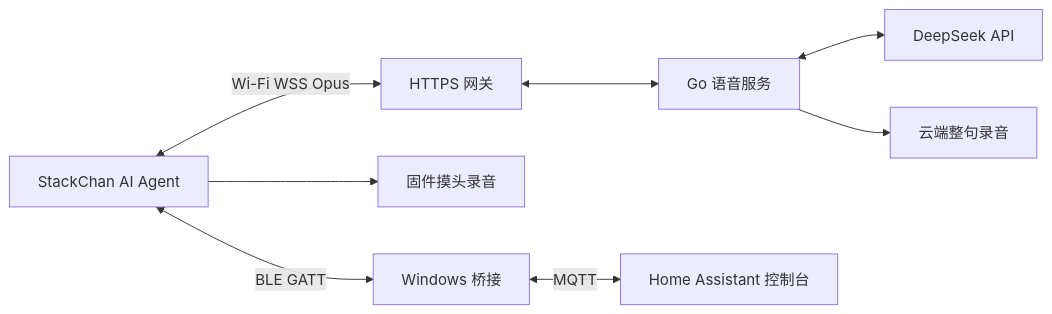
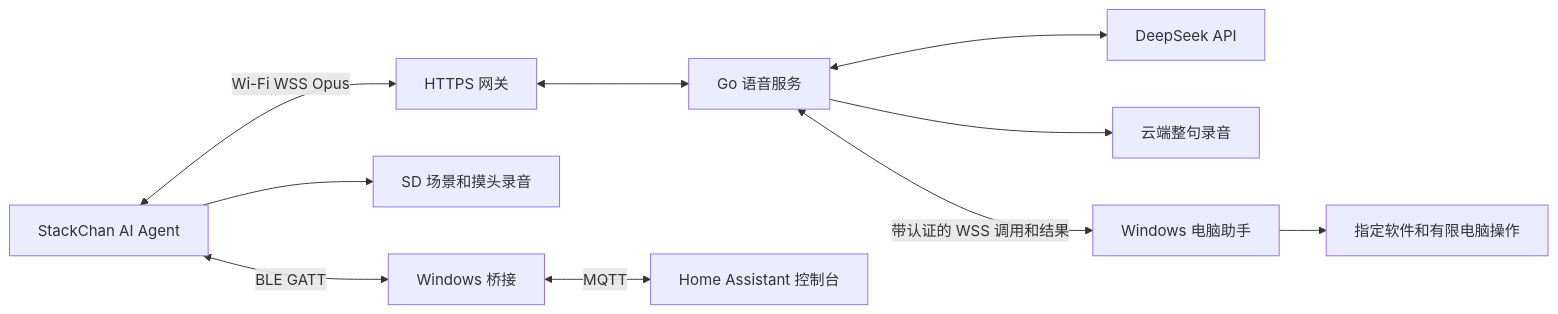
The diagram in docs/architecture.md (itknow666/stackchan), drawn with Mermaid before and after one commit. The commit also changed other lines of this file and 31 other files, not shown here.

````diff
--- a/docs/architecture.md
+++ b/docs/architecture.md
@@ -5,10 +5,12 @@
 ```mermaid
 flowchart LR
     Robot[StackChan AI Agent] <-->|Wi-Fi WSS Opus| Gateway[HTTPS 网关]
     Gateway <--> Server[Go 语音服务]
     Server <--> DeepSeek[DeepSeek API]
     Server --> Voice[云端整句录音]
-    Robot --> Local[固件摸头录音]
+    Robot --> Local[SD 场景和摸头录音]
     Robot <-->|BLE GATT| Bridge[Windows 桥接]
     Bridge <-->|MQTT| HA[Home Assistant 控制台]
+    Server <-->|带认证的 WSS 调用和结果| PC[Windows 电脑助手]
+    PC --> Allowlist[指定软件和有限电脑操作]
 ```
````
